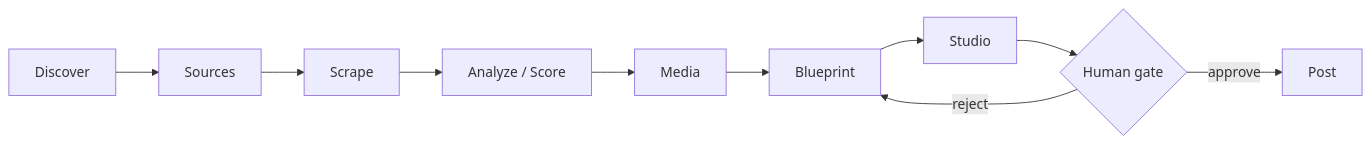
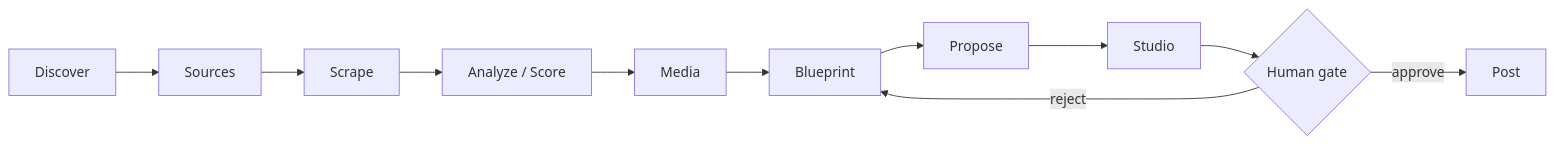
The diagram in documentation/docs/index.md (VincitoreSi/TheCuttingRoom), drawn with Mermaid before and after one commit. The commit also changed other lines of this file and 15 other files, not shown here.

````diff
--- a/documentation/docs/index.md
+++ b/documentation/docs/index.md
@@ -48,12 +48,13 @@
 ```mermaid
 flowchart LR
     A[Discover] --> B[Sources]
     B --> C[Scrape]
     C --> D[Analyze / Score]
     D --> E[Media]
     E --> F[Blueprint]
-    F --> G[Studio]
+    F --> P[Propose]
+    P --> G[Studio]
     G --> H{Human gate}
     H -->|approve| I[Post]
     H -->|reject| F
 ```
````
